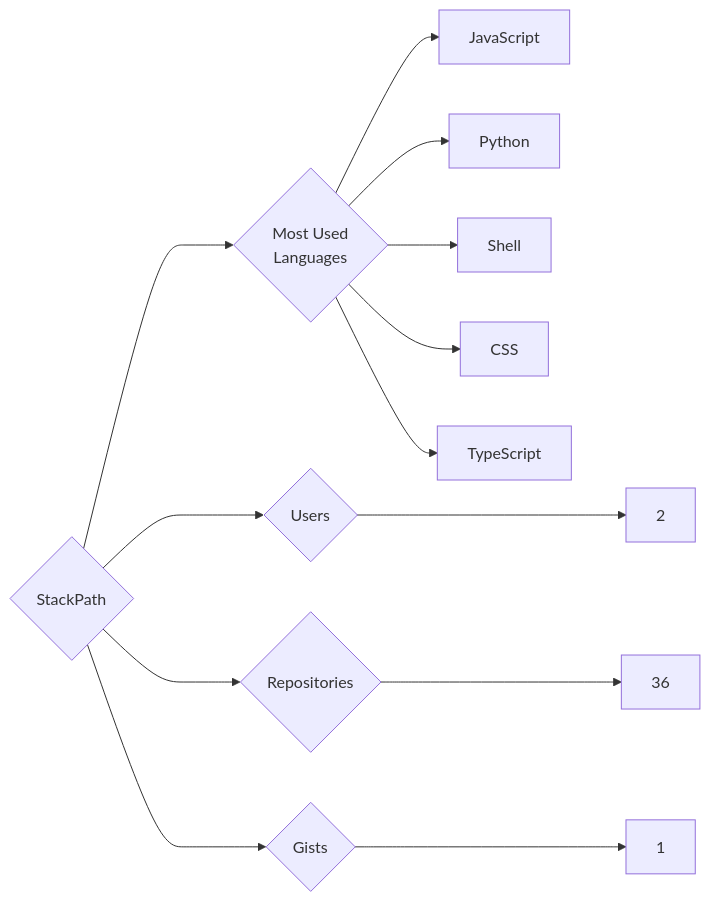
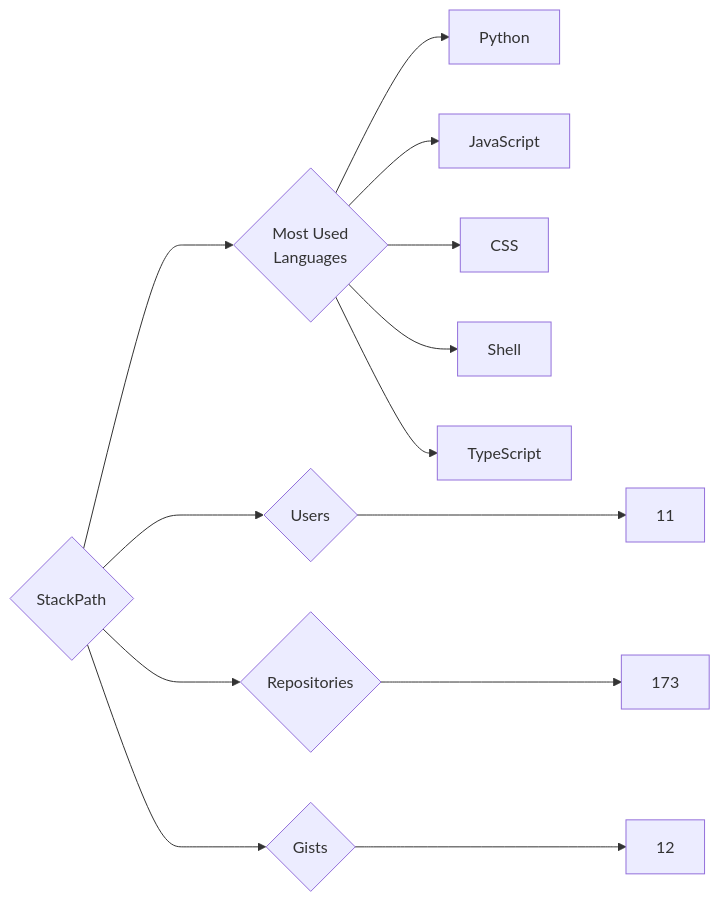
Before and after one commit to trickest/insiders: the diagram in targets/StackPath/README.md, drawn with Mermaid. The commit also changed 796 other files, not shown here.

````diff
--- a/targets/StackPath/README.md
+++ b/targets/StackPath/README.md
@@ -3,13 +3,13 @@
 ```mermaid
 graph LR
 COMPANY_NAME{StackPath}
-COMPANY_NAME ---> U{Users} ---> UN[2]
-COMPANY_NAME ---> R{Repositories} ---> RN[36]
-COMPANY_NAME ---> G{Gists} ---> GN[1]
+COMPANY_NAME ---> U{Users} ---> UN[11]
+COMPANY_NAME ---> R{Repositories} ---> RN[173]
+COMPANY_NAME ---> G{Gists} ---> GN[12]
 COMPANY_NAME ---> ML{Most Used<br>Languages}
+ML --> Python[Python]
 ML --> JavaScript[JavaScript]
-ML --> Python[Python]
+ML --> CSS[CSS]
 ML --> Shell[Shell]
-ML --> CSS[CSS]
 ML --> TypeScript[TypeScript]
 ```
````
